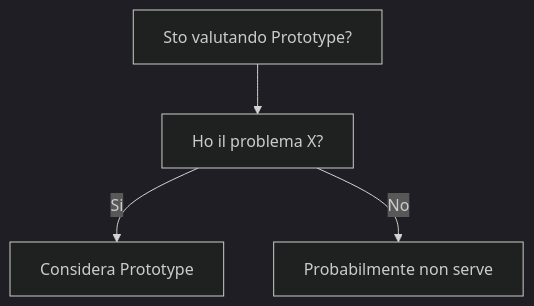
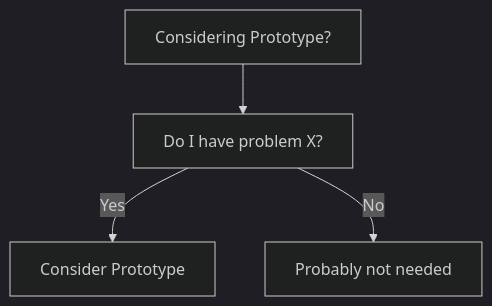
One commit to HxT9/Software-Dev-Wiki changed the diagram in dev-wiki/03_Design_Patterns/Creational/Prototype/When_To_Use.md. Above: the diagram before and after it, drawn with Mermaid (dark theme). The commit also changed other lines of this file and 3444 other files, not shown here.

````diff
--- a/dev-wiki/03_Design_Patterns/Creational/Prototype/When_To_Use.md
+++ b/dev-wiki/03_Design_Patterns/Creational/Prototype/When_To_Use.md
@@ -19,6 +19,6 @@
 ```mermaid
 flowchart TD
-  Q[Sto valutando Prototype?] --> Q1[Ho il problema X?]
-  Q1 -->|Si| OK[Considera Prototype]
-  Q1 -->|No| NO[Probabilmente non serve]
+  Q[Considering Prototype?] --> Q1[Do I have problem X?]
+  Q1 -->|Yes| OK[Consider Prototype]
+  Q1 -->|No| NO[Probably not needed]
 ```
````
